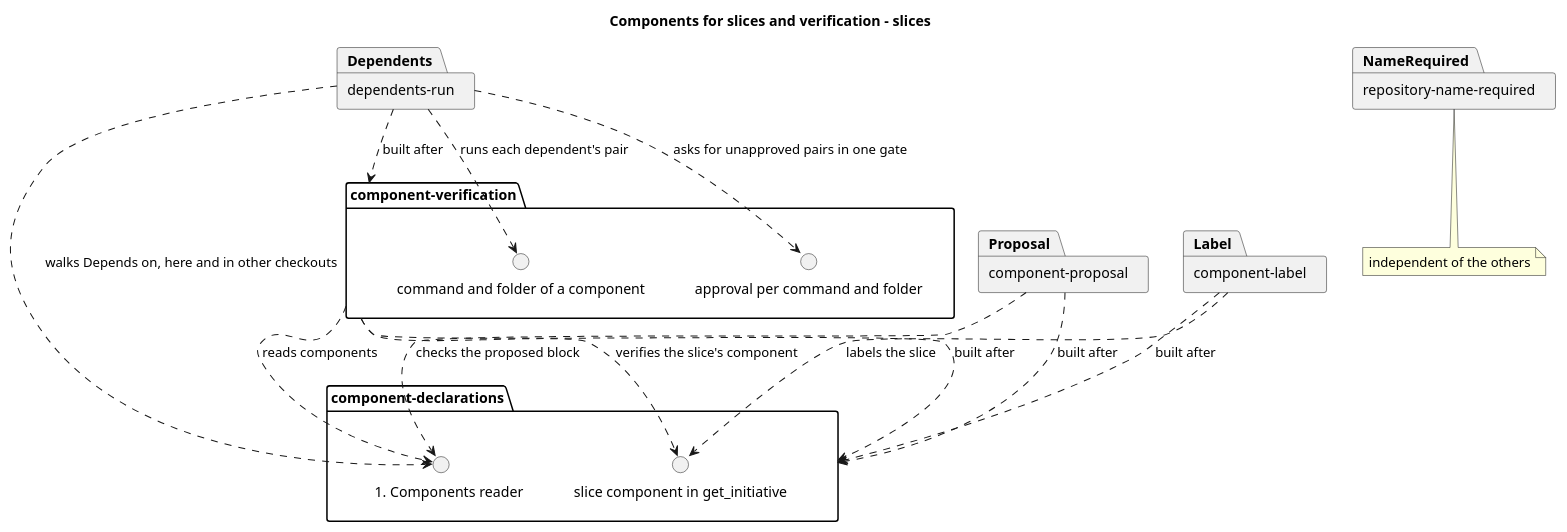
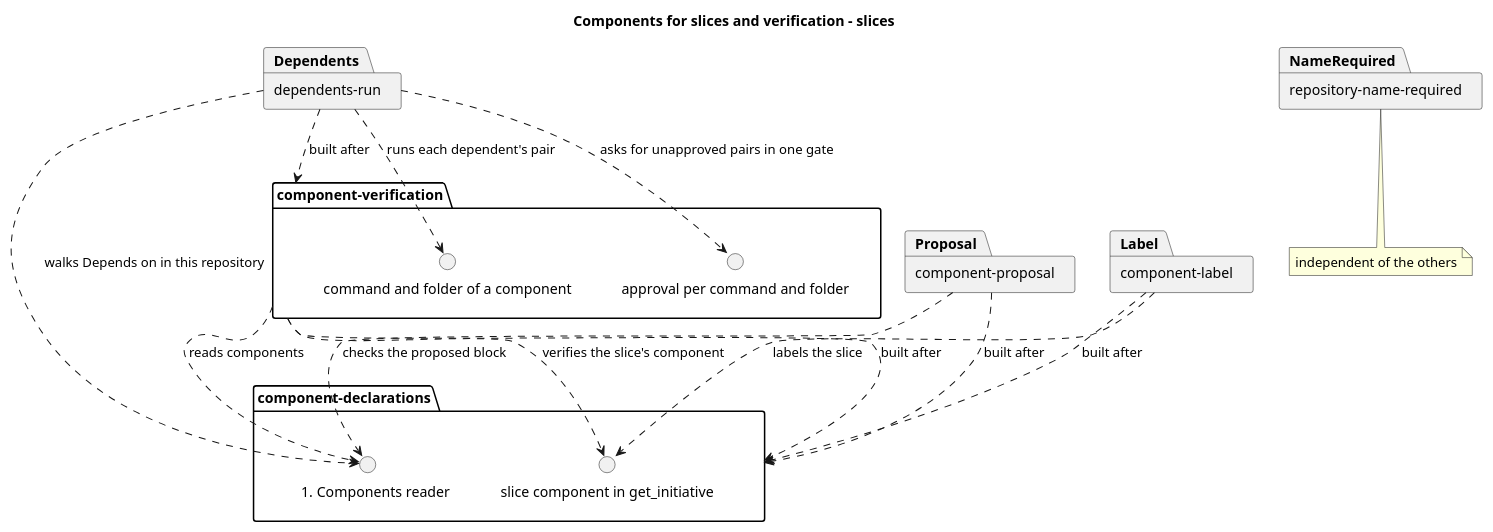
The diagram in docs/plans/components/component-slices/overview.puml (RumyantsevMichael/Prism), drawn with PlantUML before and after one commit. The commit also changed 6 other files, not shown here.

First line of the commit message:
chore: keep the dependents' run inside its own repository

```diff
--- a/docs/plans/components/component-slices/overview.puml
+++ b/docs/plans/components/component-slices/overview.puml
@@ -1,27 +1,27 @@
 @startuml
 title Components for slices and verification - slices
 package "component-declarations" as Declarations {
   interface "## Components reader" as Reader
   interface "slice component in get_initiative" as SliceComponent
 }
 package "component-verification" as Verification {
   interface "command and folder of a component" as CommandFolder
   interface "approval per command and folder" as PairApproval
 }
 package "dependents-run" as Dependents
 package "repository-name-required" as NameRequired
 package "component-label" as Label
 package "component-proposal" as Proposal
 Verification ..> Reader : reads components
 Verification ..> SliceComponent : verifies the slice's component
 Dependents ..> CommandFolder : runs each dependent's pair
 Dependents ..> PairApproval : asks for unapproved pairs in one gate
-Dependents ..> Reader : walks Depends on, here and in other checkouts
+Dependents ..> Reader : walks Depends on in this repository
 Label ..> SliceComponent : labels the slice
 Verification ..> Declarations : built after
 Dependents ..> Verification : built after
 Label ..> Declarations : built after
 Proposal ..> Reader : checks the proposed block
 Proposal ..> Declarations : built after
 note bottom of NameRequired : independent of the others
 @enduml
```
